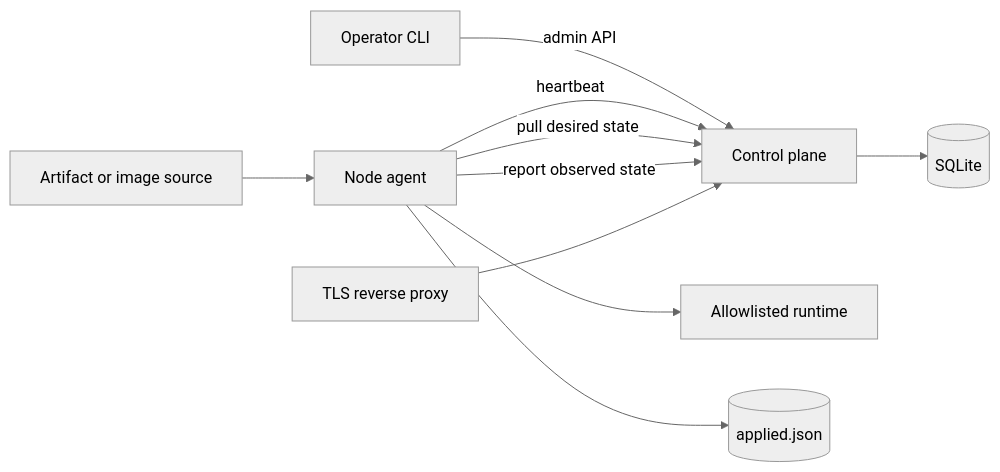
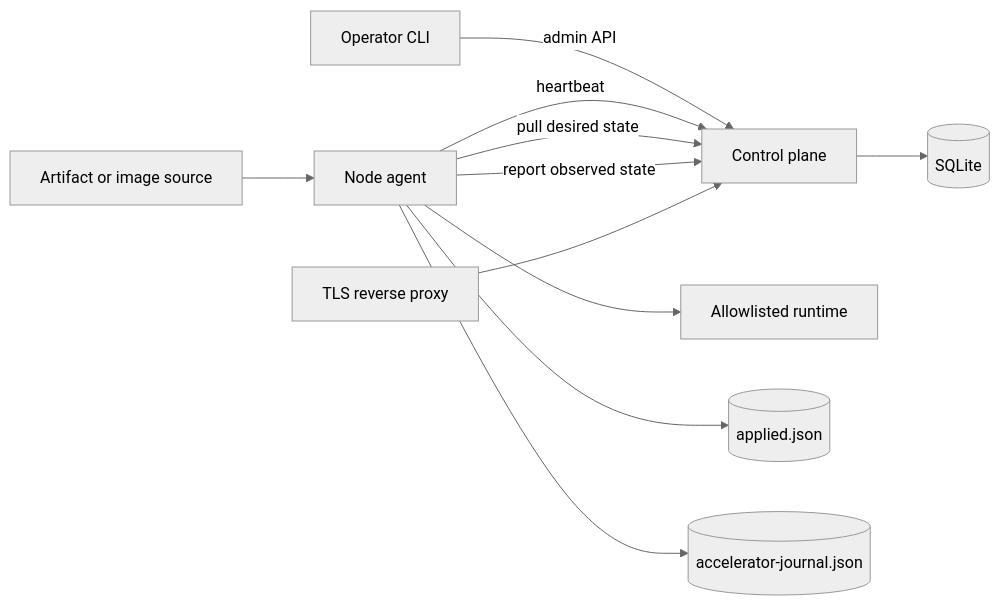
One commit to ziwon/nimbus changed the first of 3 diagrams in docs/architecture.md. Above: the diagram before and after it, drawn with Mermaid (neutral theme). The commit also changed other lines of this file and 4 other files, not shown here.

````diff
--- a/docs/architecture.md
+++ b/docs/architecture.md
@@ -59,12 +59,13 @@
 ```mermaid
 flowchart LR
     Operator[Operator CLI] -->|admin API| Control[Control plane]
     Control --> Registry[(SQLite)]
     Agent[Node agent] -->|heartbeat| Control
     Agent -->|pull desired state| Control
     Agent -->|report observed state| Control
     Agent --> Runtime[Allowlisted runtime]
     Agent --> State[(applied.json)]
+    Agent --> AcceleratorState[(accelerator-journal.json)]
     Artifact[Artifact or image source] --> Agent
     Proxy[TLS reverse proxy] --> Control
 ```
````
